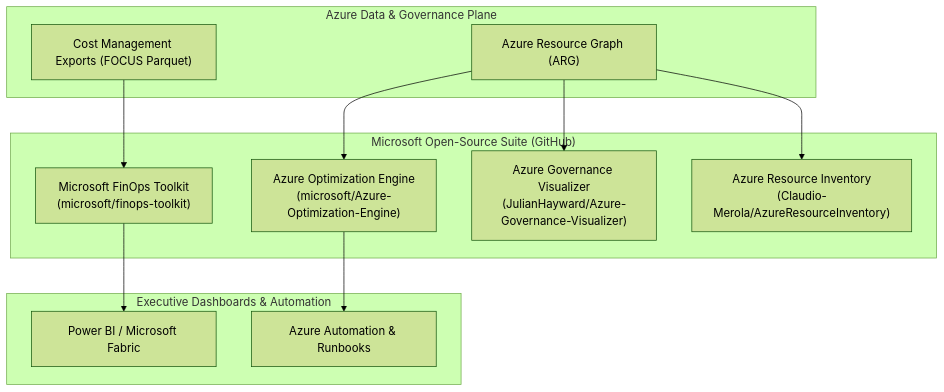
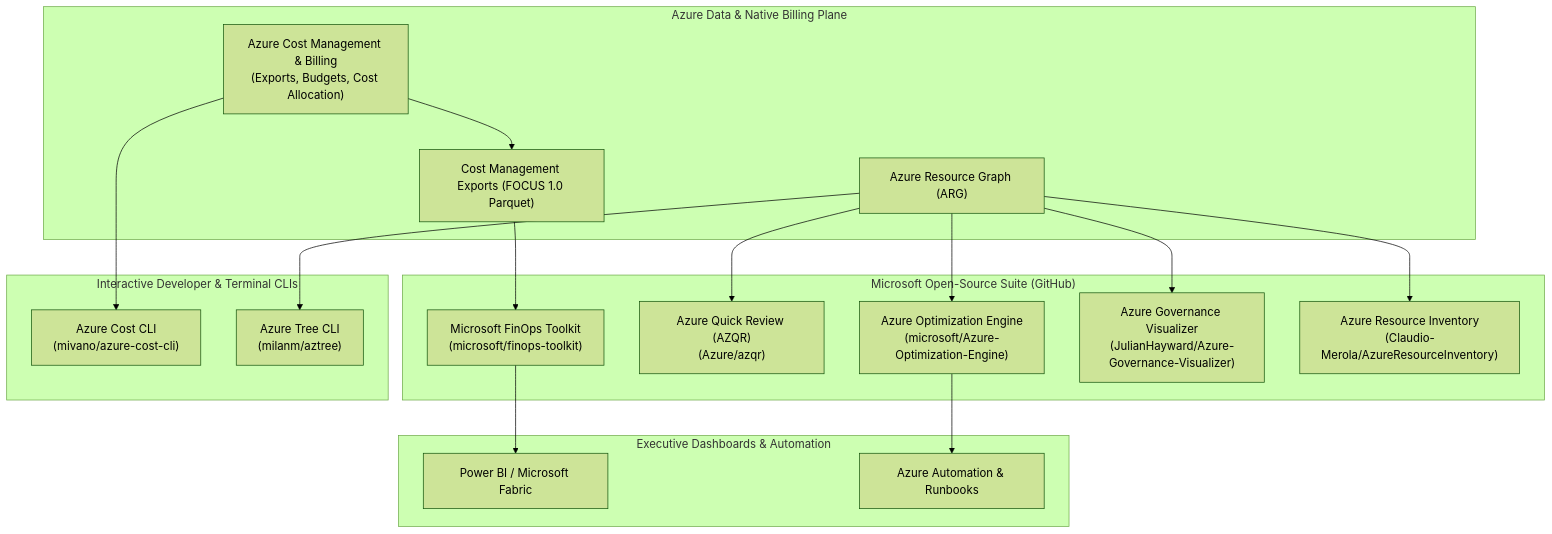
One commit to nubenetes/azure-hybrid-iaas-finops-framework changed the first of 3 diagrams in docs/09-finops-tooling-ecosystem-2026.md. Above: the diagram before and after it, drawn with Mermaid (forest theme). The commit also changed other lines of this file and 2 other files, not shown here.

First line of the commit message:
feat(tooling): add azqr, azure-cost-cli, aztree, and native Cost Management

````diff
--- a/docs/09-finops-tooling-ecosystem-2026.md
+++ b/docs/09-finops-tooling-ecosystem-2026.md
@@ -17,26 +19,37 @@
 ```mermaid
 graph TD
-    subgraph DataPlane["Azure Data & Governance Plane"]
+    subgraph DataPlane["Azure Data & Native Billing Plane"]
+        ACM["Azure Cost Management & Billing<br/>(Exports, Budgets, Cost Allocation)"]
         ARG["Azure Resource Graph (ARG)"]
-        Exports["Cost Management Exports (FOCUS Parquet)"]
+        Exports["Cost Management Exports (FOCUS 1.0 Parquet)"]
     end
 
     subgraph MSOpenSource["Microsoft Open-Source Suite (GitHub)"]
         FTK["Microsoft FinOps Toolkit<br/>(microsoft/finops-toolkit)"]
+        AZQR["Azure Quick Review (AZQR)<br/>(Azure/azqr)"]
         AOE["Azure Optimization Engine<br/>(microsoft/Azure-Optimization-Engine)"]
         AzGov["Azure Governance Visualizer<br/>(JulianHayward/Azure-Governance-Visualizer)"]
         ARI["Azure Resource Inventory<br/>(Claudio-Merola/AzureResourceInventory)"]
+    end
+
+    subgraph TerminalTools["Interactive Developer & Terminal CLIs"]
+        AzCostCLI["Azure Cost CLI<br/>(mivano/azure-cost-cli)"]
+        AzTree["Azure Tree CLI<br/>(milanm/aztree)"]
     end
 
     subgraph Consumption["Executive Dashboards & Automation"]
         PBI["Power BI / Microsoft Fabric"]
         Automation["Azure Automation & Runbooks"]
     end
 
+    ACM --> Exports
+    Exports --> FTK
+    FTK --> PBI
+    ARG --> AZQR
     ARG --> AOE
     ARG --> AzGov
     ARG --> ARI
-    Exports --> FTK
-    FTK --> PBI
+    ARG --> AzTree
+    ACM --> AzCostCLI
     AOE --> Automation
 ```
````
